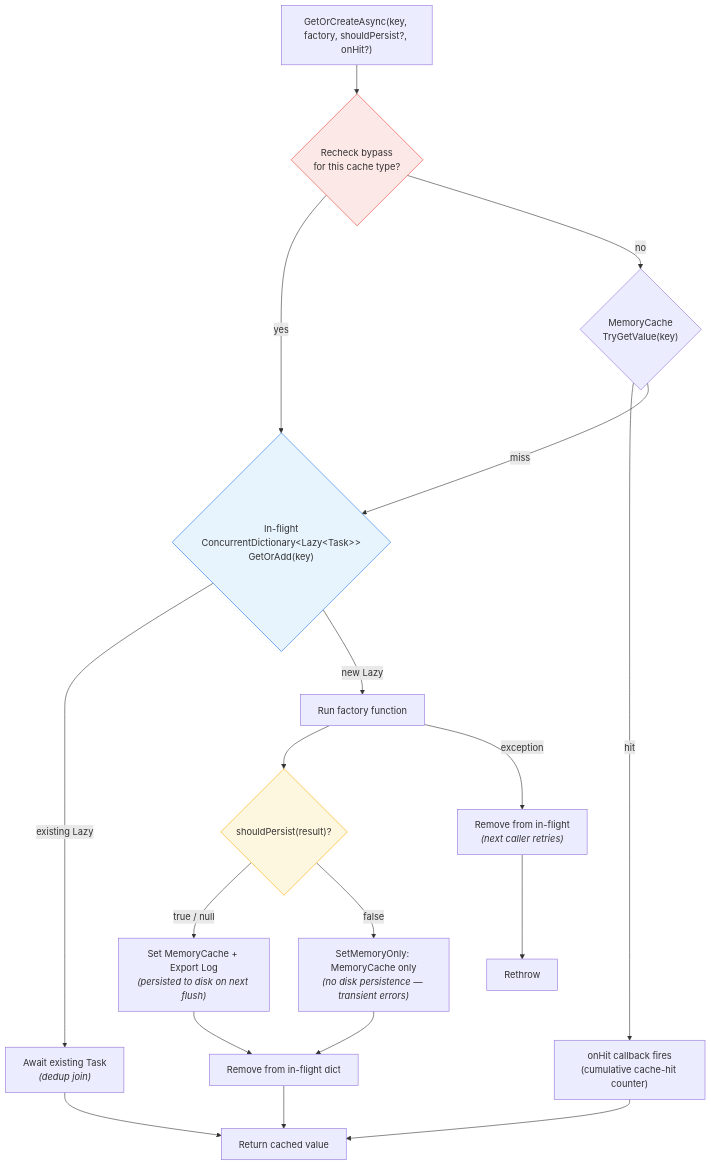
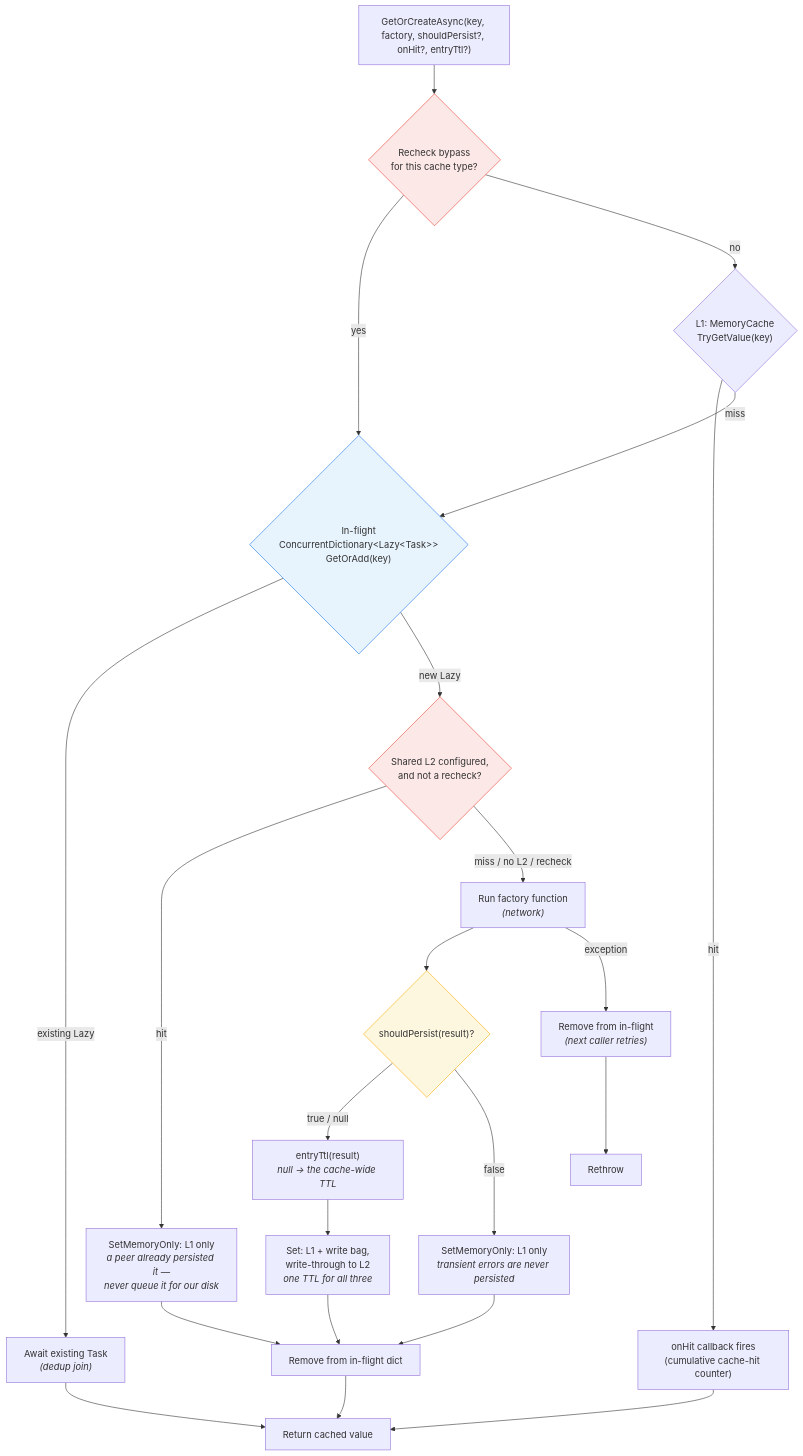
Before and after one commit to pkinerd/ednsv: the second of 3 diagrams in docs/caching-architecture.md, drawn with Mermaid. The commit also changed other lines of this file and 4 other files, not shown here.

````diff
--- a/docs/caching-architecture.md
+++ b/docs/caching-architecture.md
@@ -51,25 +62,30 @@
 ```mermaid
 flowchart TD
-    REQ["GetOrCreateAsync(key, factory, shouldPersist?, onHit?)"] --> RECHECK{"Recheck bypass<br/>for this cache type?"}
+    REQ["GetOrCreateAsync(key, factory, shouldPersist?, onHit?, entryTtl?)"] --> RECHECK{"Recheck bypass<br/>for this cache type?"}
     RECHECK -->|yes| INFLIGHT
-    RECHECK -->|no| MEMCACHE{"MemoryCache<br/>TryGetValue(key)"}
+    RECHECK -->|no| MEMCACHE{"L1: MemoryCache<br/>TryGetValue(key)"}
     MEMCACHE -->|hit| HITCB["onHit callback fires<br/>(cumulative cache-hit counter)"]
     HITCB --> RETURN["Return cached value"]
     MEMCACHE -->|miss| INFLIGHT{"In-flight<br/>ConcurrentDictionary&lt;Lazy&lt;Task&gt;&gt;<br/>GetOrAdd(key)"}
     INFLIGHT -->|existing Lazy| AWAIT["Await existing Task<br/><i>(dedup join)</i>"]
-    INFLIGHT -->|new Lazy| FACTORY["Run factory function"]
+    INFLIGHT -->|new Lazy| L2{"Shared L2 configured,<br/>and not a recheck?"}
+    L2 -->|hit| L2HIT["SetMemoryOnly: L1 only<br/><i>a peer already persisted it —<br/>never queue it for our disk</i>"]
+    L2HIT --> CLEANUP
+    L2 -->|"miss / no L2 / recheck"| FACTORY["Run factory function<br/><i>(network)</i>"]
     FACTORY --> PERSIST{"shouldPersist(result)?"}
-    PERSIST -->|true / null| SET["Set MemoryCache + Export Log<br/><i>(persisted to disk on next flush)</i>"]
-    PERSIST -->|false| MEMONLY["SetMemoryOnly: MemoryCache only<br/><i>(no disk persistence — transient errors)</i>"]
+    PERSIST -->|true / null| TTL["entryTtl(result)<br/><i>null → the cache-wide TTL</i>"]
+    TTL --> SET["Set: L1 + write bag,<br/>write-through to L2<br/><i>one TTL for all three</i>"]
+    PERSIST -->|false| MEMONLY["SetMemoryOnly: L1 only<br/><i>transient errors are never persisted</i>"]
     SET --> CLEANUP["Remove from in-flight dict"]
     MEMONLY --> CLEANUP
     CLEANUP --> RETURN
     AWAIT --> RETURN
 
     FACTORY -->|exception| REMOVE["Remove from in-flight<br/><i>(next caller retries)</i>"]
     REMOVE --> THROW["Rethrow"]
 
     style RECHECK fill:#fce8e6,stroke:#ea4335
     style INFLIGHT fill:#e8f4fd,stroke:#1a73e8
+    style L2 fill:#fce8e6,stroke:#ea4335
     style PERSIST fill:#fef7e0,stroke:#f9ab00
 ```
````
